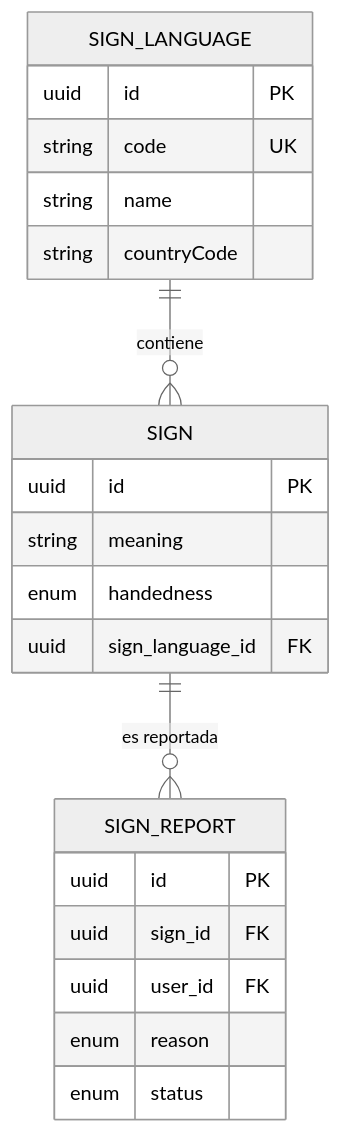
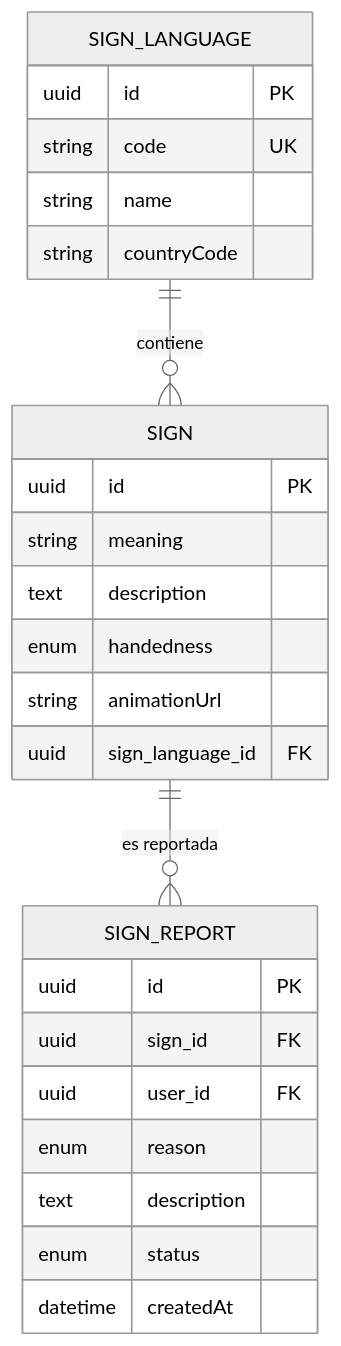
The second of 6 diagrams in docs/diagrams/er.md (signasource/signa-api), drawn with Mermaid (neutral theme) before and after one commit. The commit also changed other lines of this file and 3 other files, not shown here.

````diff
--- a/docs/diagrams/er.md
+++ b/docs/diagrams/er.md
@@ -55,25 +64,29 @@
 ```mermaid
 erDiagram
     SIGN_LANGUAGE ||--o{ SIGN : contiene
     SIGN ||--o{ SIGN_REPORT : "es reportada"
 
     SIGN_LANGUAGE {
         uuid id PK
         string code UK
         string name
         string countryCode
     }
     SIGN {
         uuid id PK
         string meaning
+        text description
         enum handedness
+        string animationUrl
         uuid sign_language_id FK
     }
     SIGN_REPORT {
         uuid id PK
         uuid sign_id FK
         uuid user_id FK
         enum reason
+        text description
         enum status
+        datetime createdAt
     }
 ```
````
